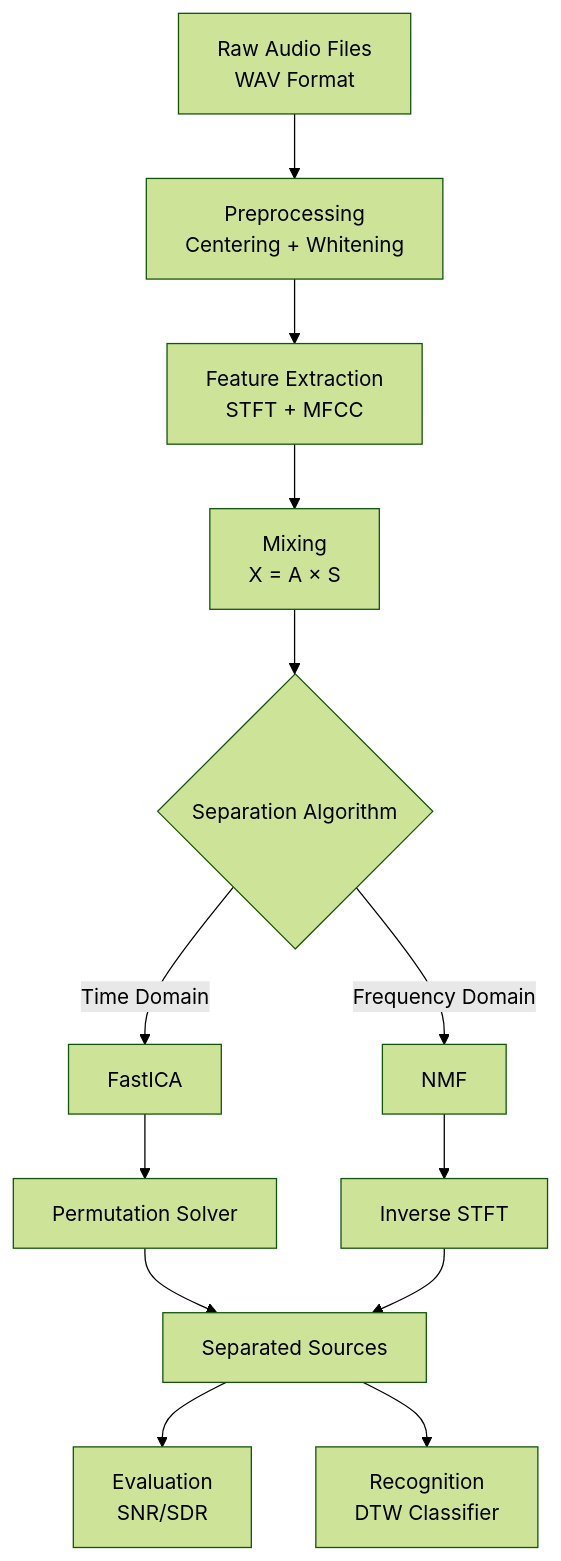
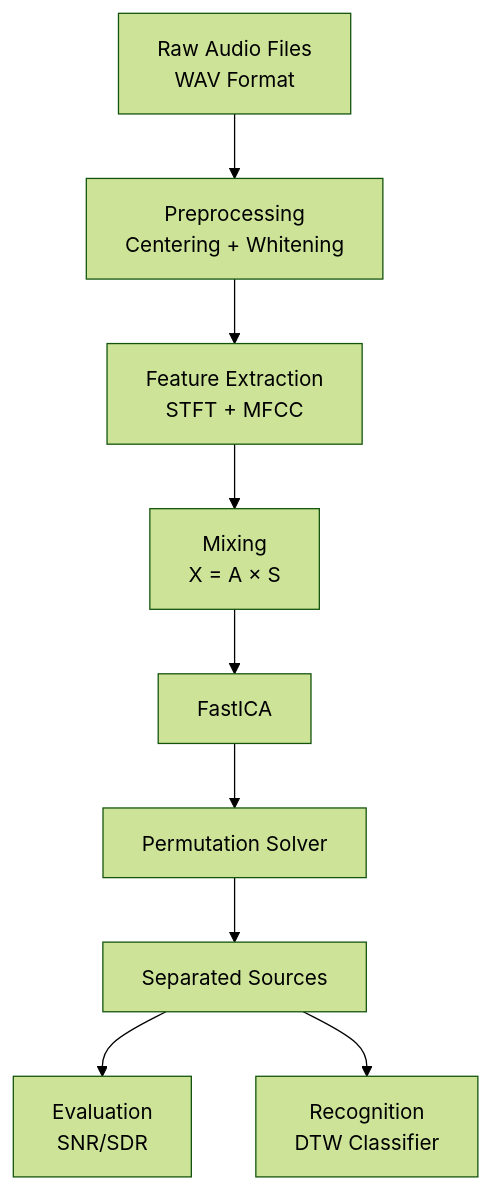
One commit to Viendeptrai1/1_Project_XLTN changed the diagram in README.md. Above: the diagram before and after it, drawn with Mermaid (forest theme). The commit also changed other lines of this file and 69 other files, not shown here.

````diff
--- a/README.md
+++ b/README.md
@@ -69,15 +63,11 @@
 ```mermaid
 graph TD
     A[Raw Audio Files<br/>WAV Format] --> B[Preprocessing<br/>Centering + Whitening]
     B --> C[Feature Extraction<br/>STFT + MFCC]
     C --> D[Mixing<br/>X = A × S]
-    D --> E{Separation Algorithm}
-    E -->|Time Domain| F[FastICA]
-    E -->|Frequency Domain| G[NMF]
+    D --> F[FastICA]
     F --> H[Permutation Solver]
-    G --> I[Inverse STFT]
     H --> J[Separated Sources]
-    I --> J
     J --> K[Evaluation<br/>SNR/SDR]
     J --> L[Recognition<br/>DTW Classifier]
 ```
````
